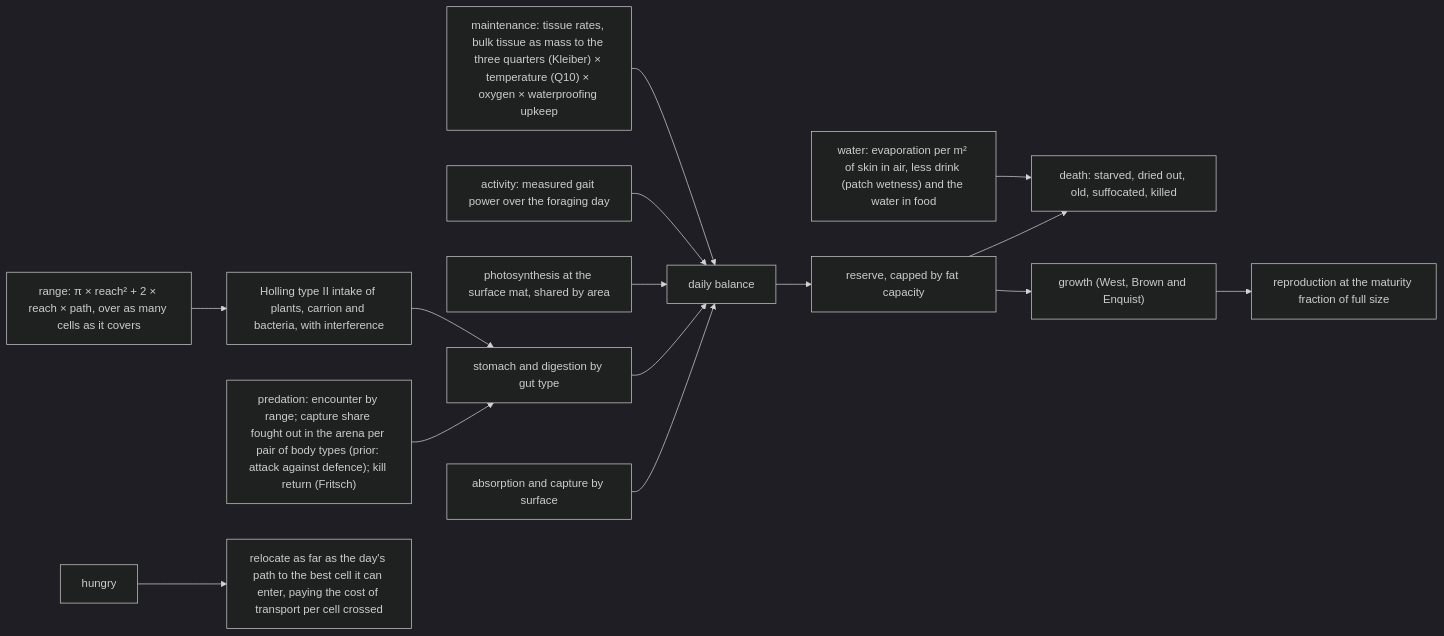
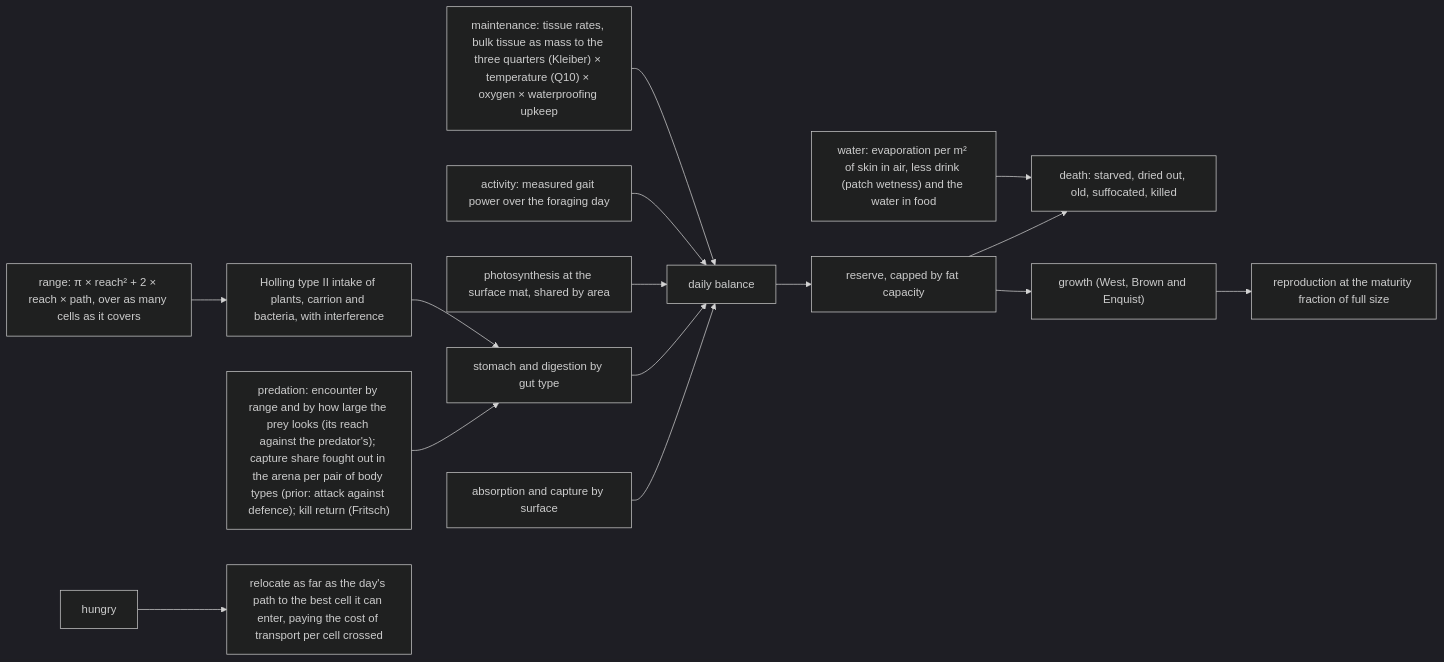
Before and after one commit to Tubbles/evo-planet: the fourth of 5 diagrams in docs/SPEC.md, drawn with Mermaid (dark theme). The commit also changed other lines of this file and 1 other file, not shown here.

First line of the commit message:
Spec and notes: arena start gap, encounter by apparent size, the algal sea

````diff
--- a/docs/SPEC.md
+++ b/docs/SPEC.md
@@ -421,17 +425,17 @@
 ```mermaid
 flowchart LR
   MB["maintenance: tissue rates, bulk tissue as mass to the three quarters (Kleiber) × temperature (Q10) × oxygen × waterproofing upkeep"] --> DL[daily balance]
   AC["activity: measured gait power over the foraging day"] --> DL
   WB["water: evaporation per m² of skin in air, less drink (patch wetness) and the water in food"] --> DT
   PH["photosynthesis at the surface mat, shared by area"] --> DL
   RG["range: π × reach² + 2 × reach × path, over as many cells as it covers"] --> FR["Holling type II intake of plants, carrion and bacteria, with interference"]
   FR --> GT["stomach and digestion by gut type"]
   GT --> DL
   OS["absorption and capture by surface"] --> DL
-  PR["predation: encounter by range; capture share fought out in the arena per pair of body types (prior: attack against defence); kill return (Fritsch)"] --> GT
+  PR["predation: encounter by range and by how large the prey looks (its reach against the predator's); capture share fought out in the arena per pair of body types (prior: attack against defence); kill return (Fritsch)"] --> GT
   DL --> RV["reserve, capped by fat capacity"]
   RV --> GW["growth (West, Brown and Enquist)"]
   GW --> RP["reproduction at the maturity fraction of full size"]
   RV --> DT["death: starved, dried out, old, suffocated, killed"]
   HG[hungry] --> MV["relocate as far as the day's path to the best cell it can enter, paying the cost of transport per cell crossed"]
 ```
````
